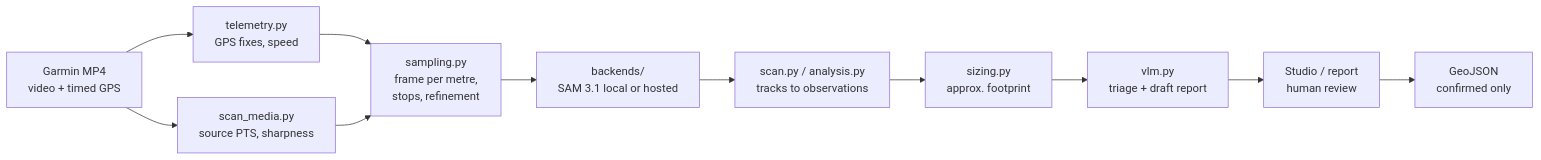
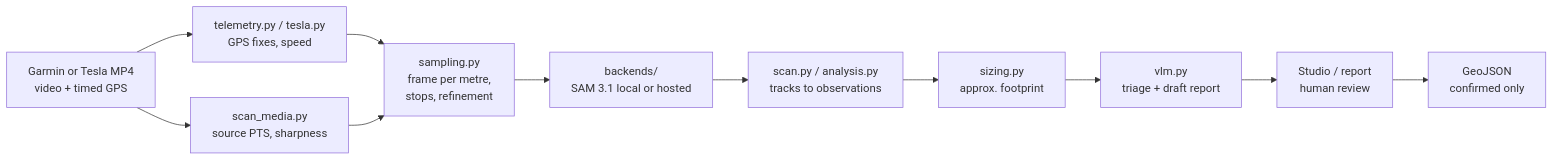
Before and after one commit to pgodlews/RoadLens: the first of 5 diagrams in ARCHITECTURE.md, drawn with Mermaid. The commit also changed other lines of this file and 14 other files, not shown here.

First line of the commit message:
Read Tesla dashcam SEI telemetry as a second camera

````diff
--- a/ARCHITECTURE.md
+++ b/ARCHITECTURE.md
@@ -10,13 +10,13 @@
 ```mermaid
 flowchart LR
-    V["Garmin MP4<br/>video + timed GPS"] --> T["telemetry.py<br/>GPS fixes, speed"]
+    V["Garmin or Tesla MP4<br/>video + timed GPS"] --> T["telemetry.py / tesla.py<br/>GPS fixes, speed"]
     V --> M["scan_media.py<br/>source PTS, sharpness"]
     T --> S["sampling.py<br/>frame per metre,<br/>stops, refinement"]
     M --> S
     S --> SAM["backends/<br/>SAM 3.1 local or hosted"]
     SAM --> A["scan.py / analysis.py<br/>tracks to observations"]
     A --> Z["sizing.py<br/>approx. footprint"]
     Z --> VLM["vlm.py<br/>triage + draft report"]
     VLM --> R["Studio / report<br/>human review"]
     R --> G["GeoJSON<br/>confirmed only"]
 ```
````
